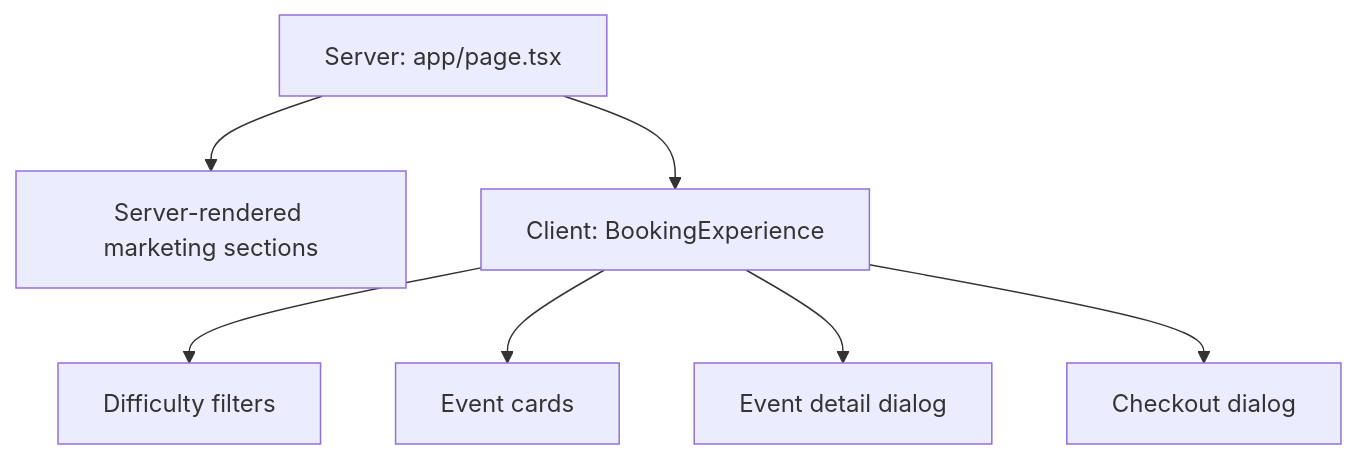
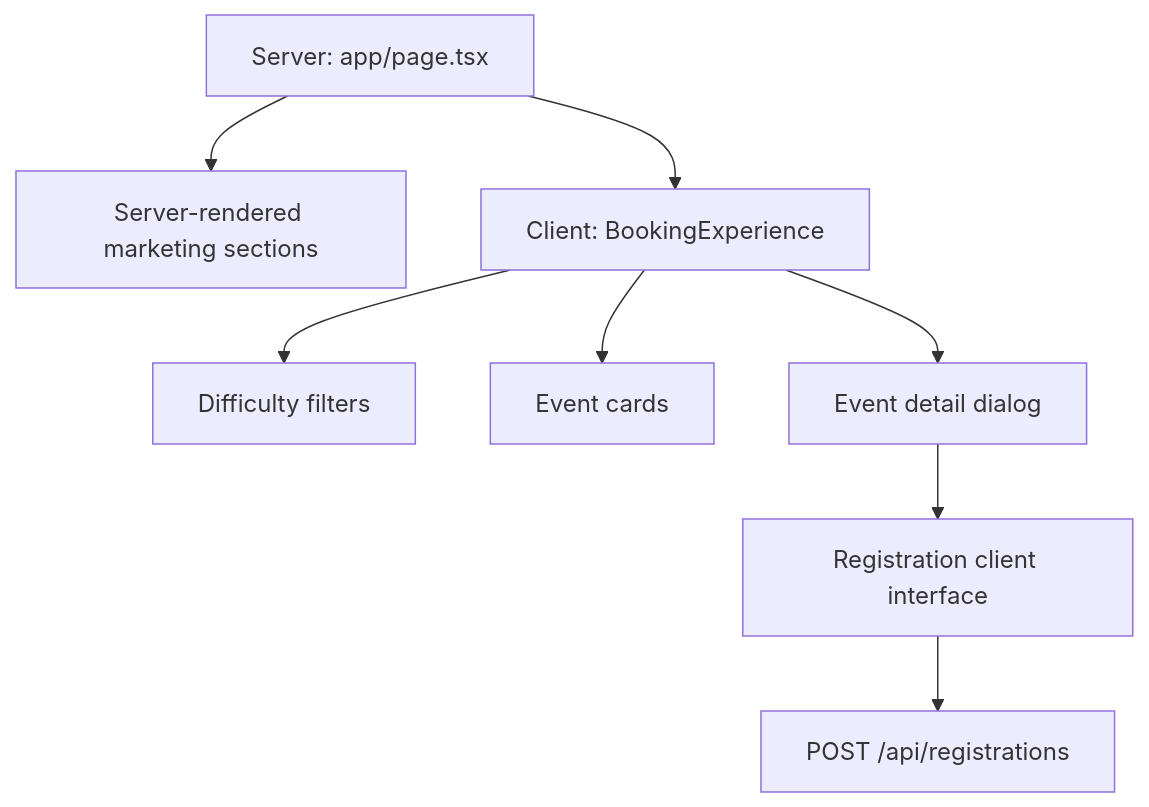
The third of 5 diagrams in docs/architecture.md (rathish24/dubaihikers), drawn with Mermaid before and after one commit. The commit also changed other lines of this file and 32 other files, not shown here.

Commit message:
Add event registration flow

````diff
--- a/docs/architecture.md
+++ b/docs/architecture.md
@@ -106,9 +119,10 @@
 ```mermaid
 flowchart TD
     Page["Server: app/page.tsx"] --> Marketing["Server-rendered marketing sections"]
     Page --> Booking["Client: BookingExperience"]
     Booking --> Filters["Difficulty filters"]
     Booking --> Grid["Event cards"]
     Booking --> Modal["Event detail dialog"]
-    Booking --> Checkout["Checkout dialog"]
+    Modal --> RegistrationClient["Registration client interface"]
+    RegistrationClient --> API["POST /api/registrations"]
 ```
````
